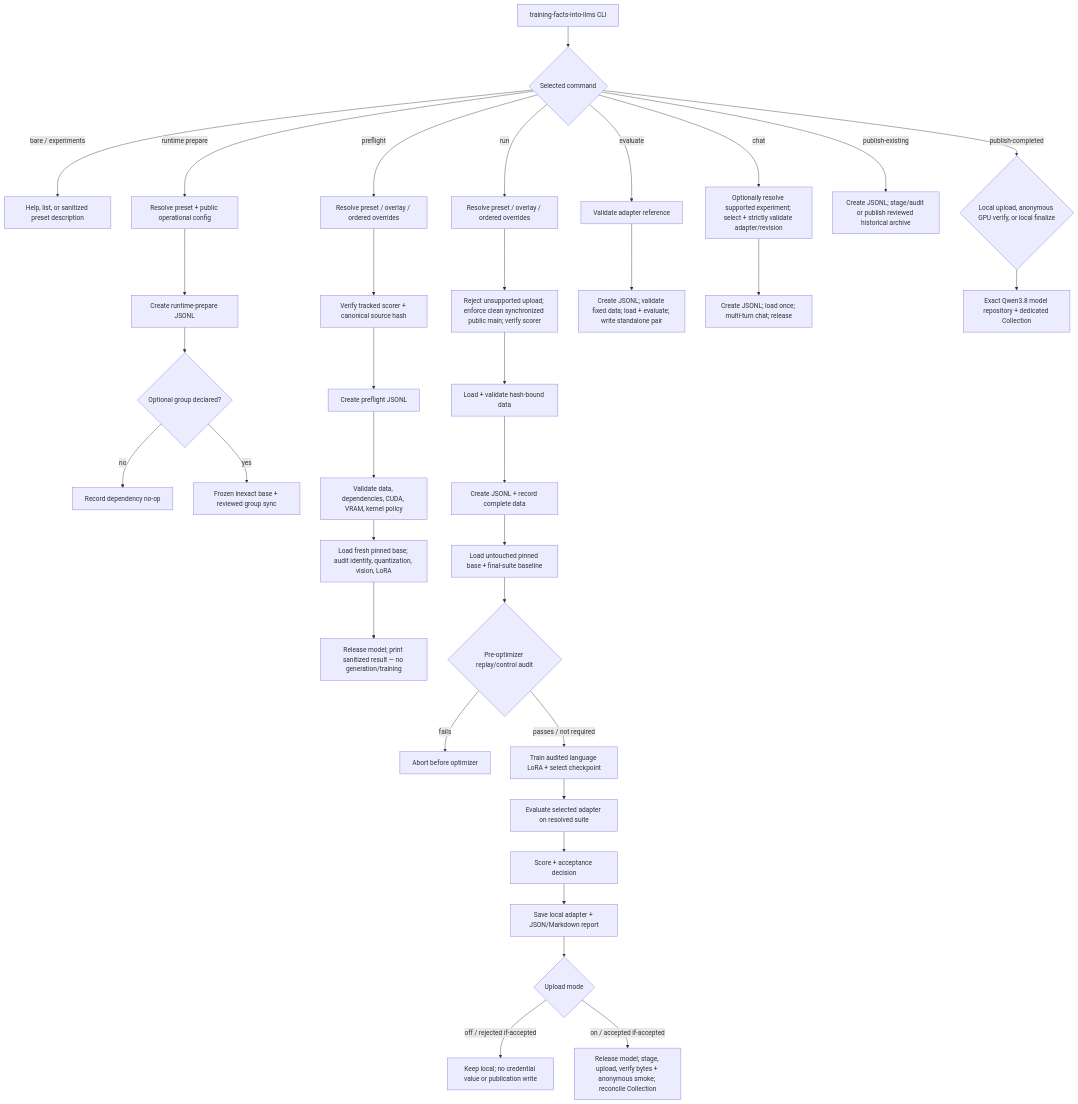
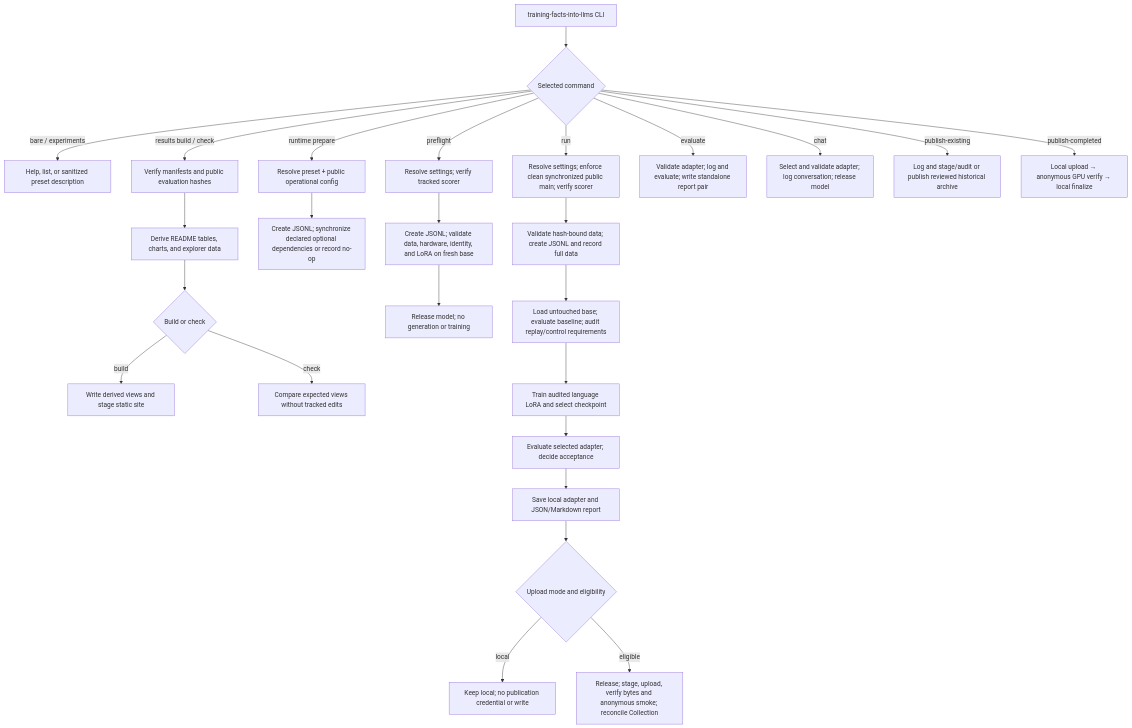
One commit to BurnyCoder/training-facts-into-llms changed the diagram in README.md. Above: the diagram before and after it, drawn with Mermaid. The commit also changed other lines of this file and 20 other files, not shown here.

Commit message:
docs: lead with generated results and add interactive explorer

````diff
--- a/README.md
+++ b/README.md
@@ -100,40 +283,28 @@
 ```mermaid
 flowchart TD
     CLI["training-facts-into-llms CLI"] --> KIND{"Selected command"}
     KIND -->|"bare / experiments"| DISC["Help, list, or sanitized preset description"]
+    KIND -->|"results build / check"| EVIDENCE["Verify manifests and public evaluation hashes"]
+    EVIDENCE --> VIEWS["Derive README tables, charts, and explorer data"]
+    VIEWS --> RENDER{"Build or check"}
+    RENDER -->|"build"| SITE["Write derived views and stage static site"]
+    RENDER -->|"check"| COMPARE["Compare expected views without tracked edits"]
     KIND -->|"runtime prepare"| RCFG["Resolve preset + public operational config"]
-    RCFG --> RLOG["Create runtime-prepare JSONL"]
-    RLOG --> RSYNC{"Optional group declared?"}
-    RSYNC -->|"no"| RNOOP["Record dependency no-op"]
-    RSYNC -->|"yes"| UVSYNC["Frozen inexact base + reviewed group sync"]
-
-    KIND -->|"preflight"| PCFG["Resolve preset / overlay / ordered overrides"]
-    PCFG --> PPLUGIN["Verify tracked scorer + canonical source hash"]
-    PPLUGIN --> PLOG["Create preflight JSONL"]
-    PLOG --> PCHECK["Validate data, dependencies, CUDA, VRAM, kernel policy"]
-    PCHECK --> PMODEL["Load fresh pinned base; audit identity, quantization, vision, LoRA"]
-    PMODEL --> PRELEASE["Release model; print sanitized result — no generation/training"]
-
-    KIND -->|"run"| CFG["Resolve preset / overlay / ordered overrides"]
-    CFG --> GATE["Reject unsupported upload; enforce clean synchronized public main; verify scorer"]
-    GATE --> DATA["Load + validate hash-bound data"]
-    DATA --> RUNLOG["Create JSONL + record complete data"]
-    RUNLOG --> BASE["Load untouched pinned base + final-suite baseline"]
-    BASE --> AUDIT{"Pre-optimizer replay/control audit"}
-    AUDIT -->|"fails"| ABORT["Abort before optimizer"]
-    AUDIT -->|"passes / not required"| TRAIN["Train audited language LoRA + select checkpoint"]
-    TRAIN --> TUNED["Evaluate selected adapter on resolved suite"]
-    TUNED --> DECIDE["Score + acceptance decision"]
-    DECIDE --> SAVE["Save local adapter + JSON/Markdown report"]
-    SAVE --> MODE{"Upload mode"}
-    MODE -->|"off / rejected if-accepted"| LOCAL["Keep local; no credential value or publication write"]
-    MODE -->|"on / accepted if-accepted"| HUB["Release model; stage, upload, verify bytes + anonymous smoke; reconcile Collection"]
-
-    KIND -->|"evaluate"| EREF["Validate adapter reference"]
-    EREF --> ELOG["Create JSONL; validate fixed data; load + evaluate; write standalone pair"]
-    KIND -->|"chat"| CREF["Optionally resolve supported experiment; select + strictly validate adapter/revision"]
-    CREF --> CLOG["Create JSONL; load once; multi-turn chat; release"]
-    KIND -->|"publish-existing"| HLOG["Create JSONL; stage/audit or publish reviewed historical archive"]
-    KIND -->|"publish-completed"| Q38PUB{"Local upload, anonymous GPU verify, or local finalize"}
-    Q38PUB --> Q38MODEL["Exact Qwen3.8 model repository + dedicated Collection"]
+    RCFG --> RLOG["Create JSONL; synchronize declared optional dependencies or record no-op"]
+    KIND -->|"preflight"| PCFG["Resolve settings; verify tracked scorer"]
+    PCFG --> PCHECK["Create JSONL; validate data, hardware, identity, and LoRA on fresh base"]
+    PCHECK --> PRELEASE["Release model; no generation or training"]
+    KIND -->|"run"| GATE["Resolve settings; enforce clean synchronized public main; verify scorer"]
+    GATE --> DATA["Validate hash-bound data; create JSONL and record full data"]
+    DATA --> BASE["Load untouched base; evaluate baseline; audit replay/control requirements"]
+    BASE --> TRAIN["Train audited language LoRA and select checkpoint"]
+    TRAIN --> TUNED["Evaluate selected adapter; decide acceptance"]
+    TUNED --> SAVE["Save local adapter and JSON/Markdown report"]
+    SAVE --> MODE{"Upload mode and eligibility"}
+    MODE -->|"local"| LOCAL["Keep local; no publication credential or write"]
+    MODE -->|"eligible"| HUB["Release; stage, upload, verify bytes and anonymous smoke; reconcile Collection"]
+    KIND -->|"evaluate"| EVAL["Validate adapter; log and evaluate; write standalone report pair"]
+    KIND -->|"chat"| CHAT["Select and validate adapter; log conversation; release model"]
+    KIND -->|"publish-existing"| HIST["Log and stage/audit or publish reviewed historical archive"]
+    KIND -->|"publish-completed"| COMPLETE["Local upload → anonymous GPU verify → local finalize"]
 ```
````
